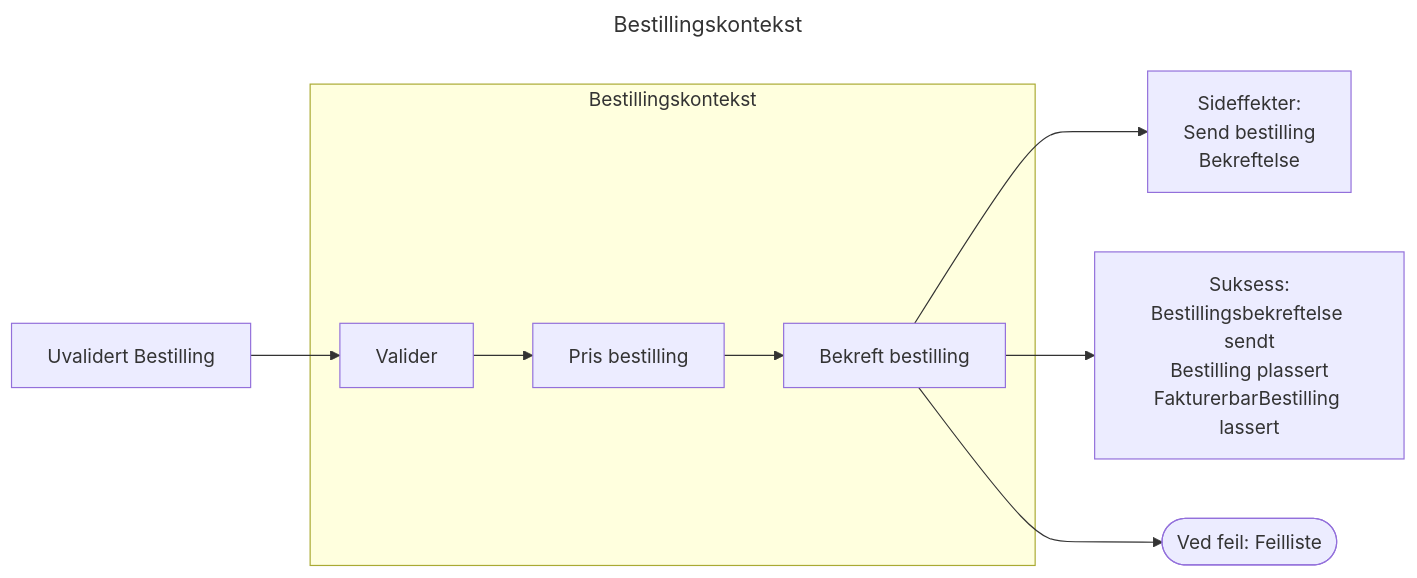
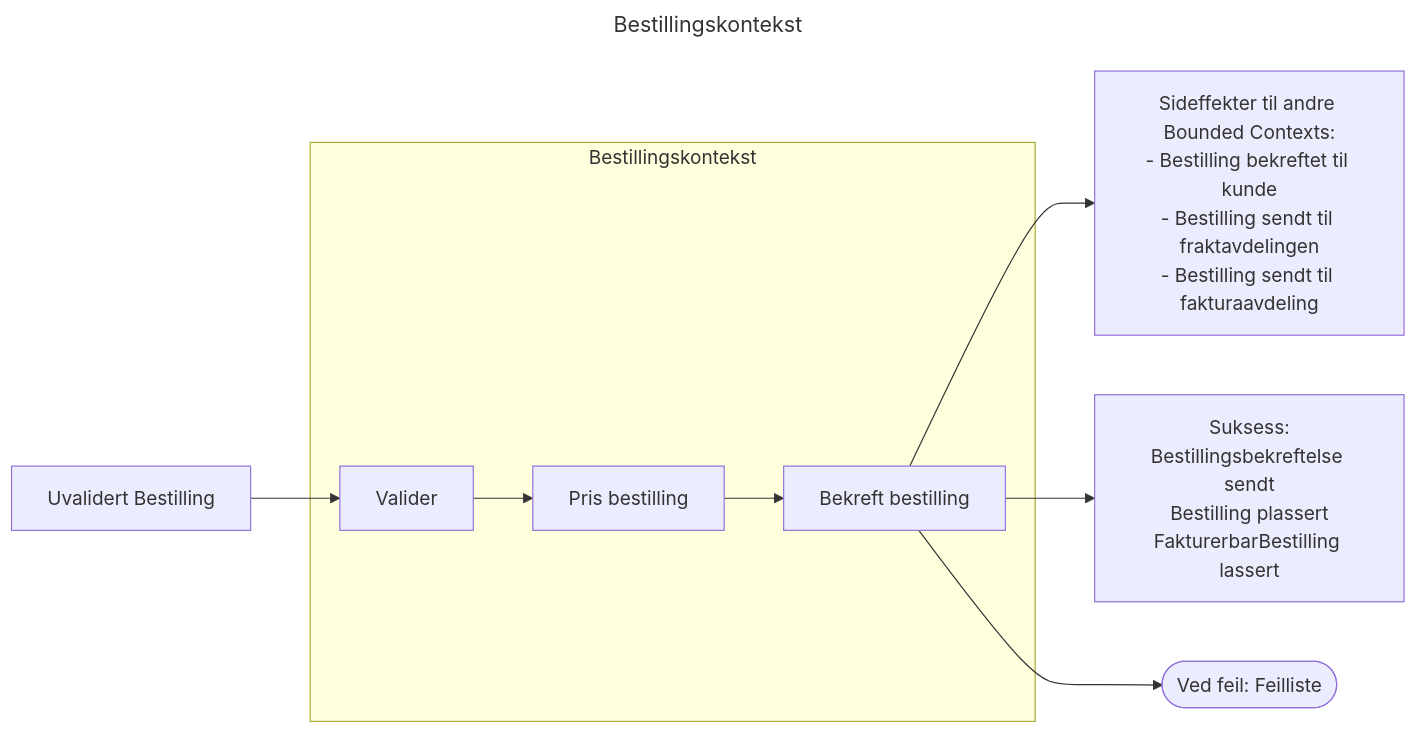
The diagram in README.md (Quist/funksjonell-ddd), drawn with Mermaid before and after one commit. The commit also changed 4 other files, not shown here.

````diff
--- a/README.md
+++ b/README.md
@@ -22,27 +22,28 @@
 ```mermaid
 ---
 title: Bestillingskontekst
 ---
 flowchart LR
     UvalidertBestilling[Uvalidert Bestilling]
     Validate[Valider]
     Pris[Pris bestilling]
     Bekreft[Bekreft bestilling]
     OnFailure([Ved feil: Feilliste])
-    Sideeffekter["`Sideffekter:
-    Send bestilling
-    Bekreftelse`"]
+    Sideeffekter["`Sideffekter til andre Bounded Contexts:
+    - Bestilling bekreftet til kunde
+    - Bestilling sendt til fraktavdelingen
+    - Bestilling sendt til fakturaavdeling`"]
     OnSuccess["`Suksess:
     Bestillingsbekreftelse sendt
     Bestilling plassert
     FakturerbarBestilling lassert`"]
     
     UvalidertBestilling --> Validate
     subgraph Bestillingskontekst
         Validate --> Pris
         Pris --> Bekreft
     end
     Bekreft --> Sideeffekter
     Bekreft --> OnSuccess
     Bekreft --> OnFailure
 ```
````
